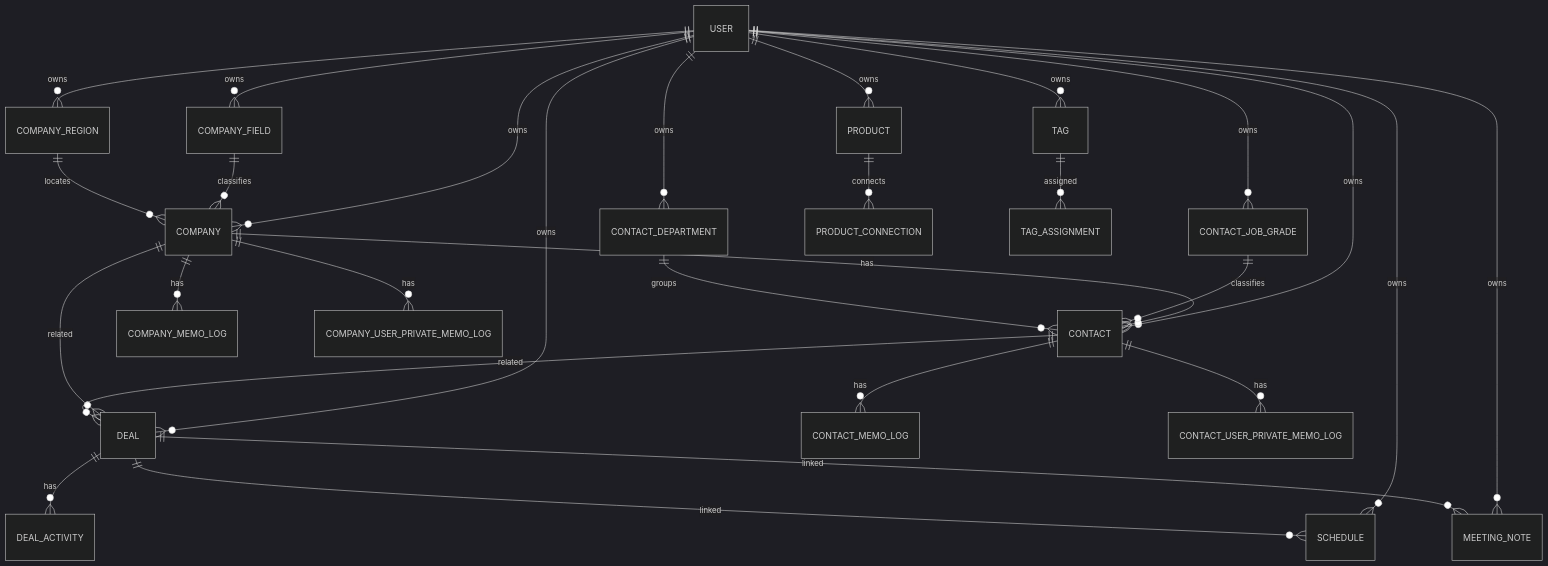
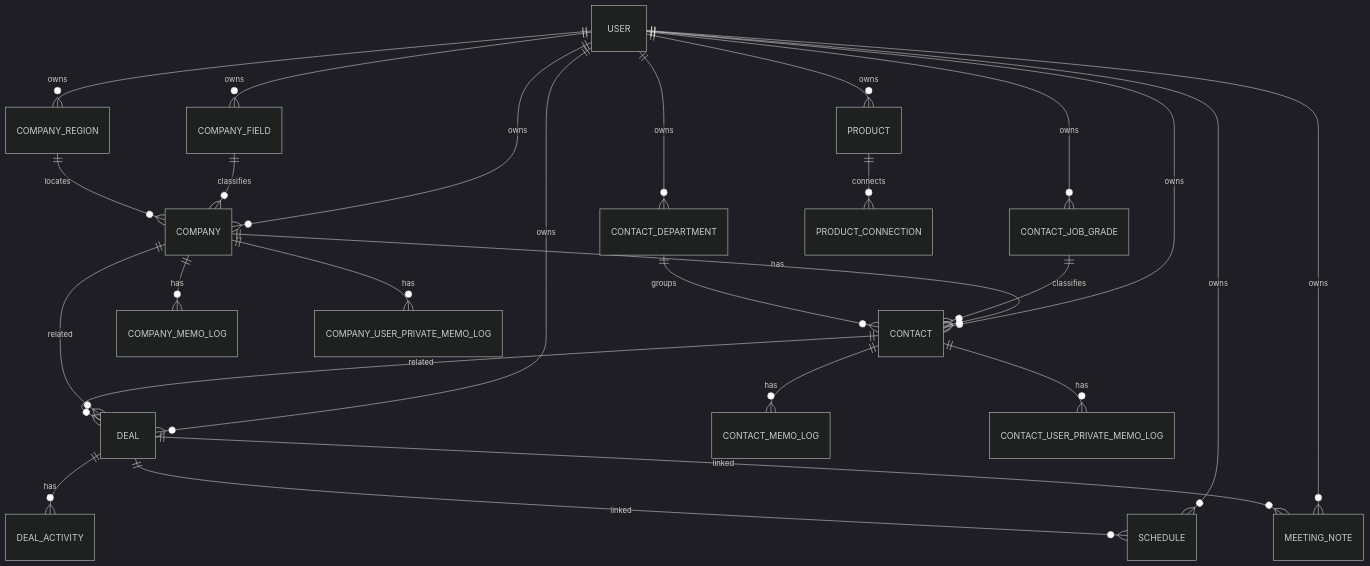
The diagram in AGENT/PM_AGENT/PLANNING/DATA_MODEL.md (onehandsales/onehandsales), drawn with Mermaid (dark theme) before and after one commit. The commit also changed other lines of this file and 38 other files, not shown here.

````diff
--- a/AGENT/PM_AGENT/PLANNING/DATA_MODEL.md
+++ b/AGENT/PM_AGENT/PLANNING/DATA_MODEL.md
@@ -720,32 +700,30 @@
 ```mermaid
 erDiagram
   USER ||--o{ COMPANY : owns
   USER ||--o{ COMPANY_FIELD : owns
   USER ||--o{ COMPANY_REGION : owns
   USER ||--o{ CONTACT : owns
   USER ||--o{ CONTACT_JOB_GRADE : owns
   USER ||--o{ CONTACT_DEPARTMENT : owns
   USER ||--o{ PRODUCT : owns
   USER ||--o{ DEAL : owns
   USER ||--o{ SCHEDULE : owns
   USER ||--o{ MEETING_NOTE : owns
-  USER ||--o{ TAG : owns
 
   COMPANY ||--o{ CONTACT : has
   COMPANY_FIELD ||--o{ COMPANY : classifies
   COMPANY_REGION ||--o{ COMPANY : locates
   COMPANY ||--o{ COMPANY_MEMO_LOG : has
   COMPANY ||--o{ COMPANY_USER_PRIVATE_MEMO_LOG : has
   CONTACT_JOB_GRADE ||--o{ CONTACT : classifies
   CONTACT_DEPARTMENT ||--o{ CONTACT : groups
   CONTACT ||--o{ CONTACT_MEMO_LOG : has
   CONTACT ||--o{ CONTACT_USER_PRIVATE_MEMO_LOG : has
   COMPANY ||--o{ DEAL : related
   CONTACT ||--o{ DEAL : related
   DEAL ||--o{ DEAL_ACTIVITY : has
   DEAL ||--o{ MEETING_NOTE : linked
   DEAL ||--o{ SCHEDULE : linked
 
   PRODUCT ||--o{ PRODUCT_CONNECTION : connects
-  TAG ||--o{ TAG_ASSIGNMENT : assigned
 ```
````
